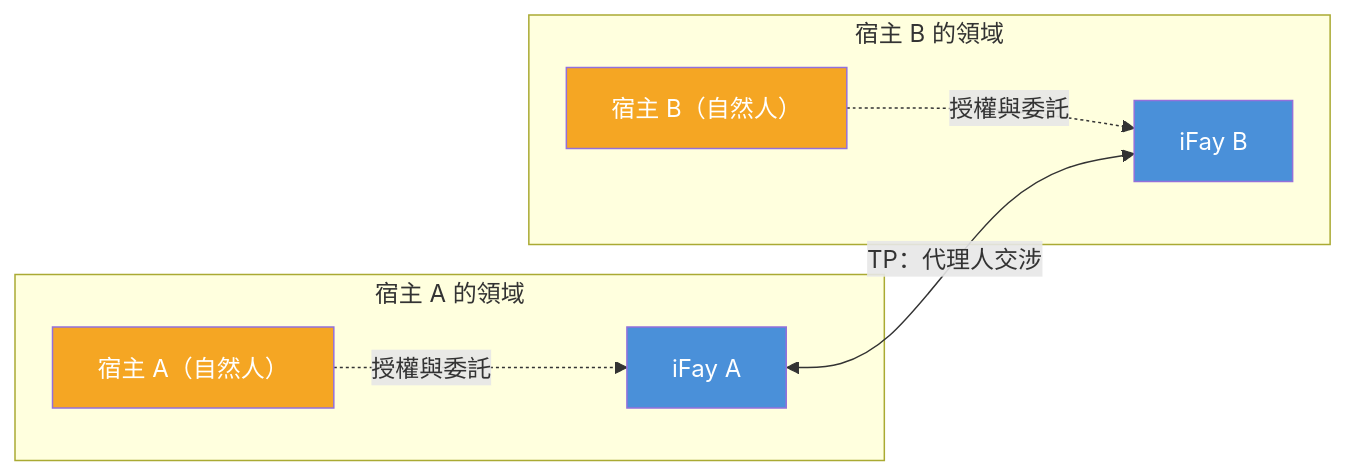
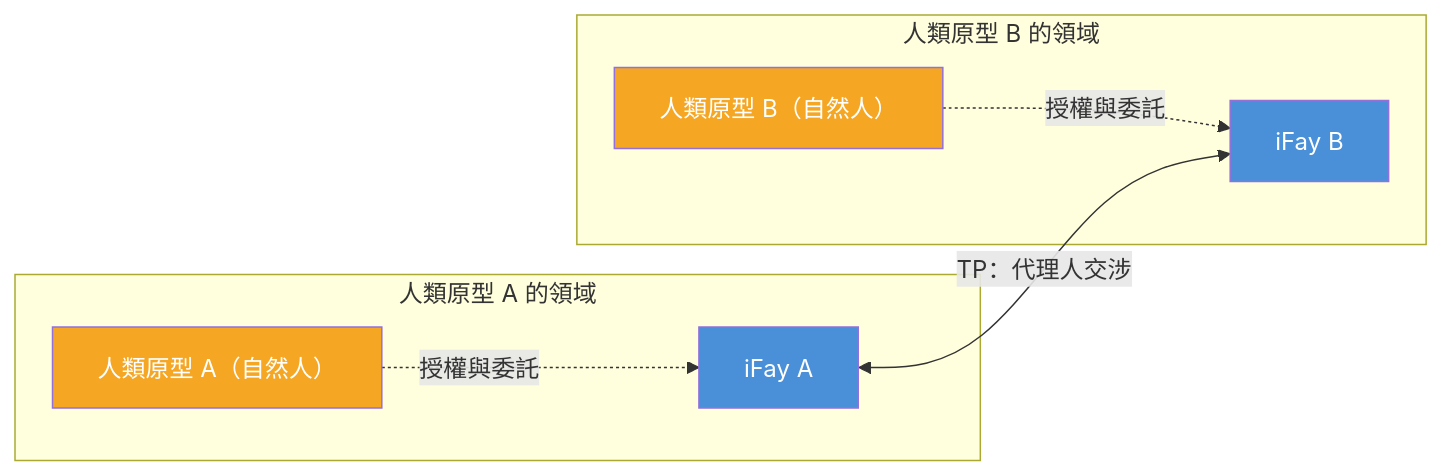
Before and after one commit to ChainModePilot/Telepathy-Protocol: the second of 2 diagrams in docs/zh-TW/blueprint/1-為什麼需要TP.md, drawn with Mermaid. The commit also changed other lines of this file and 68 other files, not shown here.

````diff
--- a/docs/zh-TW/blueprint/1-為什麼需要TP.md
+++ b/docs/zh-TW/blueprint/1-為什麼需要TP.md
@@ -76,21 +76,21 @@
 ```mermaid
 graph LR
-    subgraph "宿主 A 的領域"
-        HA["宿主 A（自然人）"]
+    subgraph "人類原型 A 的領域"
+        HA["人類原型 A（自然人）"]
         FA["iFay A"]
         HA -.->|"授權與委託"| FA
     end
 
-    subgraph "宿主 B 的領域"
-        HB["宿主 B（自然人）"]
+    subgraph "人類原型 B 的領域"
+        HB["人類原型 B（自然人）"]
         FB["iFay B"]
         HB -.->|"授權與委託"| FB
     end
 
     FA <-->|"TP：代理人交涉"| FB
 
     style FA fill:#4A90D9,color:#fff
     style FB fill:#4A90D9,color:#fff
     style HA fill:#F5A623,color:#fff
     style HB fill:#F5A623,color:#fff
 ```
````
